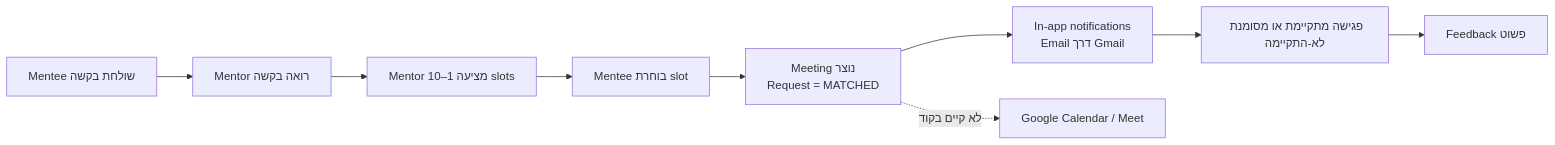
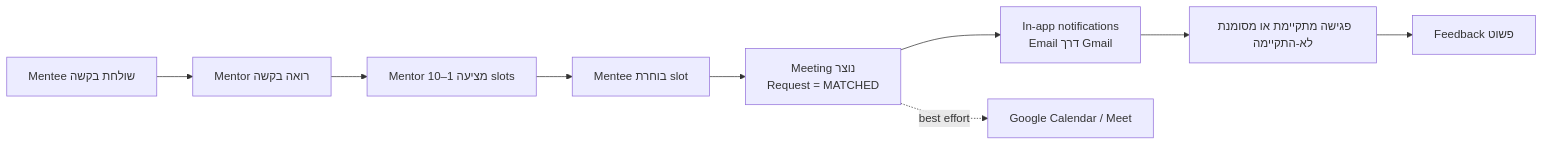
One commit to SimchaBarShalom/QueenB-template-2025 changed the third of 6 diagrams in docs/project-presentation-guide.md. Above: the diagram before and after it, drawn with Mermaid. The commit also changed other lines of this file and 11 other files, not shown here.

````diff
--- a/docs/project-presentation-guide.md
+++ b/docs/project-presentation-guide.md
@@ -102,11 +102,11 @@
 ```mermaid
 flowchart LR
   A["Mentee שולחת בקשה"] --> B["Mentor רואה בקשה"]
   B --> C["Mentor מציעה 1–10 slots"]
   C --> D["Mentee בוחרת slot"]
   D --> E["Meeting נוצר<br/>Request = MATCHED"]
   E --> F["In-app notifications<br/>Email דרך Gmail"]
   F --> G[פגישה מתקיימת או מסומנת לא-התקיימה]
   G --> H[Feedback פשוט]
-  E -. לא קיים בקוד .-> GC[Google Calendar / Meet]
+  E -. best effort .-> GC[Google Calendar / Meet]
 ```
````
